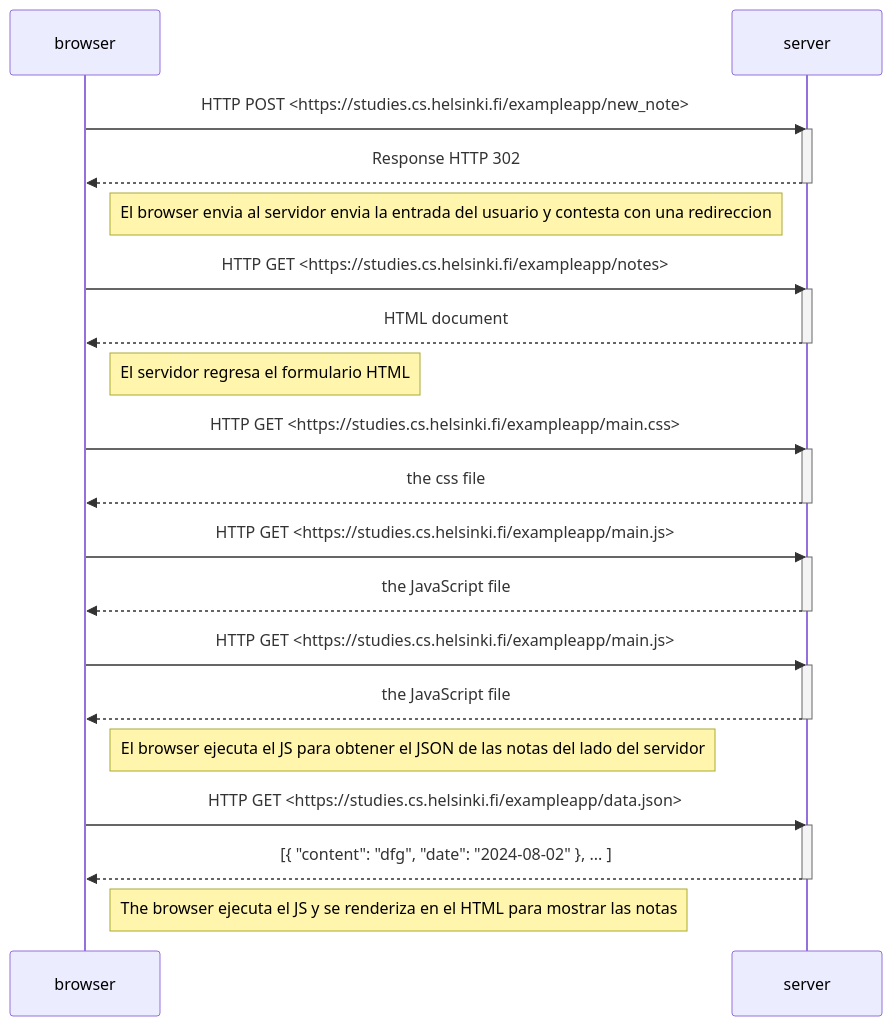
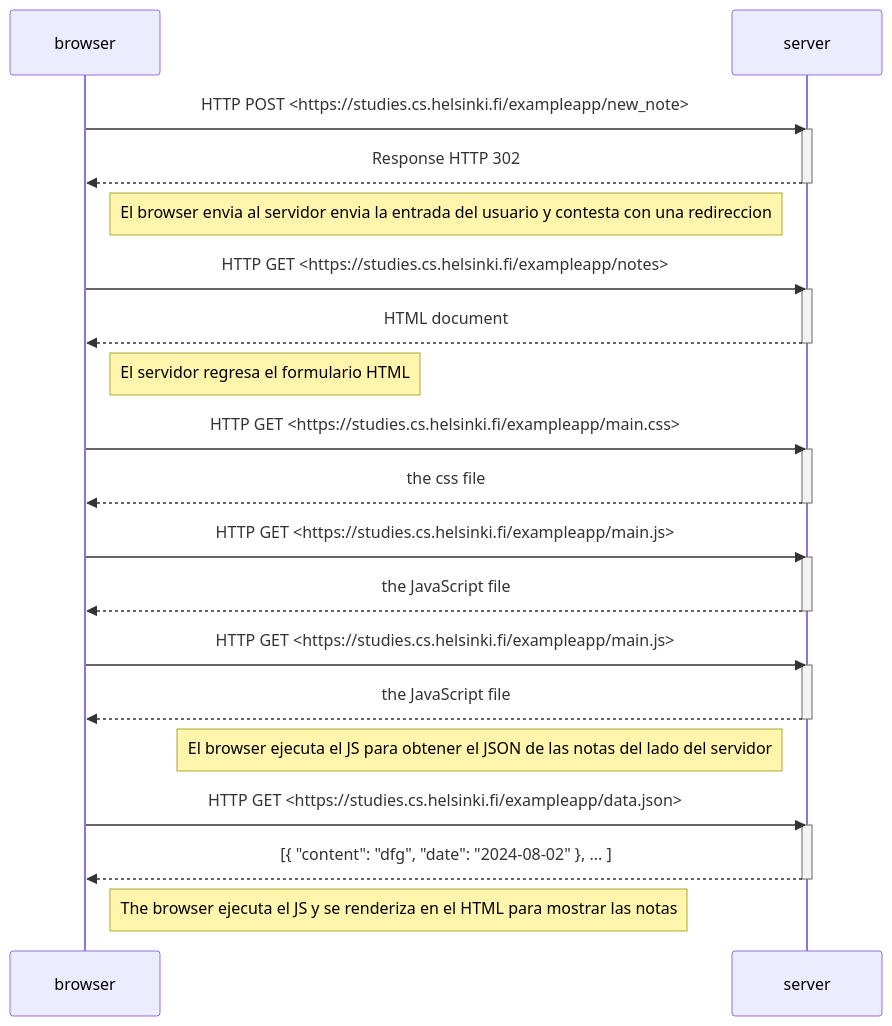
One commit to sirknio/exerc_hels_0 changed the diagram in README.md. Above: the diagram before and after it, drawn with Mermaid.

````diff
--- a/README.md
+++ b/README.md
@@ -6,47 +6,47 @@
 ```mermaid
 
 sequenceDiagram
     participant browser
     participant server
 
     browser->>server: HTTP POST <https://studies.cs.helsinki.fi/exampleapp/new_note>
     activate server
     server-->>browser: Response HTTP 302
     deactivate server
 
     Note right of browser: El browser envia al servidor envia la entrada del usuario y contesta con una redireccion
 
     browser->>server: HTTP GET <https://studies.cs.helsinki.fi/exampleapp/notes>
     activate server
     server-->>browser: HTML document
     deactivate server
 
     Note right of browser: El servidor regresa el formulario HTML
 
     browser->>server: HTTP GET <https://studies.cs.helsinki.fi/exampleapp/main.css>
     activate server
     server-->>browser: the css file
     deactivate server
 
     browser->>server: HTTP GET <https://studies.cs.helsinki.fi/exampleapp/main.js>
     activate server
     server-->>browser: the JavaScript file
     deactivate server
 
     browser->>server: HTTP GET <https://studies.cs.helsinki.fi/exampleapp/main.js>
     activate server
     server-->>browser: the JavaScript file
     deactivate server
 
-    Note right of browser: El browser ejecuta el JS para obtener el JSON de las notas del lado del servidor
+    Note left of server: El browser ejecuta el JS para obtener el JSON de las notas del lado del servidor
 
 
     browser->>server: HTTP GET <https://studies.cs.helsinki.fi/exampleapp/data.json>
     activate server
     server-->>browser: [{ "content": "dfg", "date": "2024-08-02" }, ... ]
     deactivate server
 
     Note right of browser: The browser ejecuta el JS y se renderiza en el HTML para mostrar las notas
 
 
 ```
````
